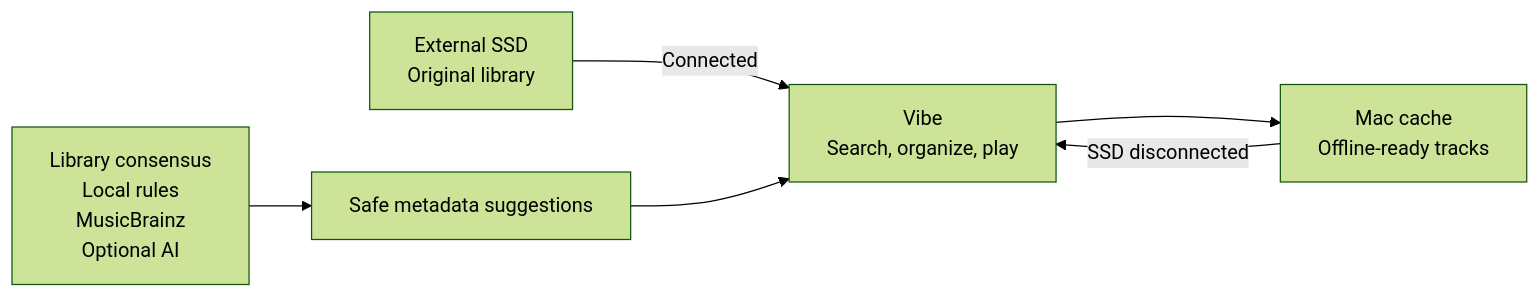
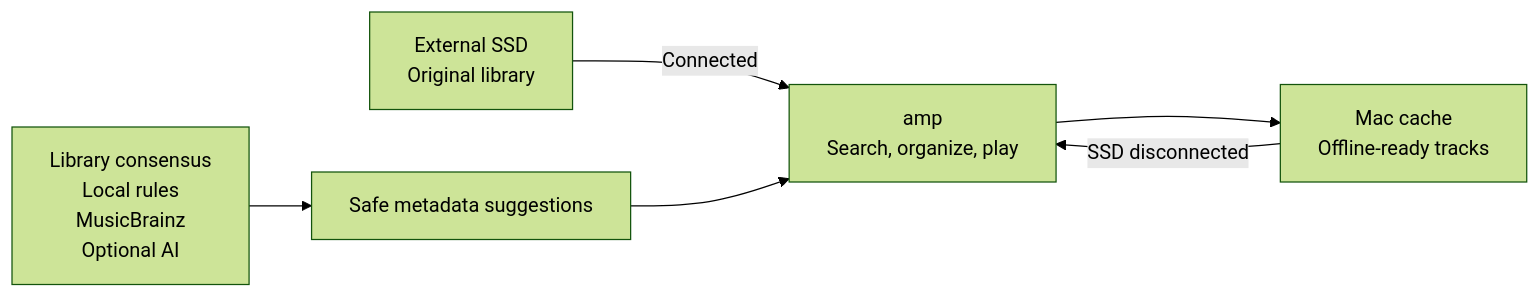
The first of 2 diagrams in README.md (nanonigit/Vibe), drawn with Mermaid (forest theme) before and after one commit. The commit also changed other lines of this file and 18 other files, not shown here.

````diff
--- a/README.md
+++ b/README.md
@@ -29,8 +29,8 @@
 ```mermaid
 flowchart LR
-    SSD["External SSD\nOriginal library"] -->|Connected| Vibe["Vibe\nSearch, organize, play"]
-    Vibe --> Cache["Mac cache\nOffline-ready tracks"]
-    Cache -->|SSD disconnected| Vibe
+    SSD["External SSD\nOriginal library"] -->|Connected| amp["amp\nSearch, organize, play"]
+    amp --> Cache["Mac cache\nOffline-ready tracks"]
+    Cache -->|SSD disconnected| amp
     Sources["Library consensus\nLocal rules\nMusicBrainz\nOptional AI"] --> Metadata["Safe metadata suggestions"]
-    Metadata --> Vibe
+    Metadata --> amp
 ```
````
